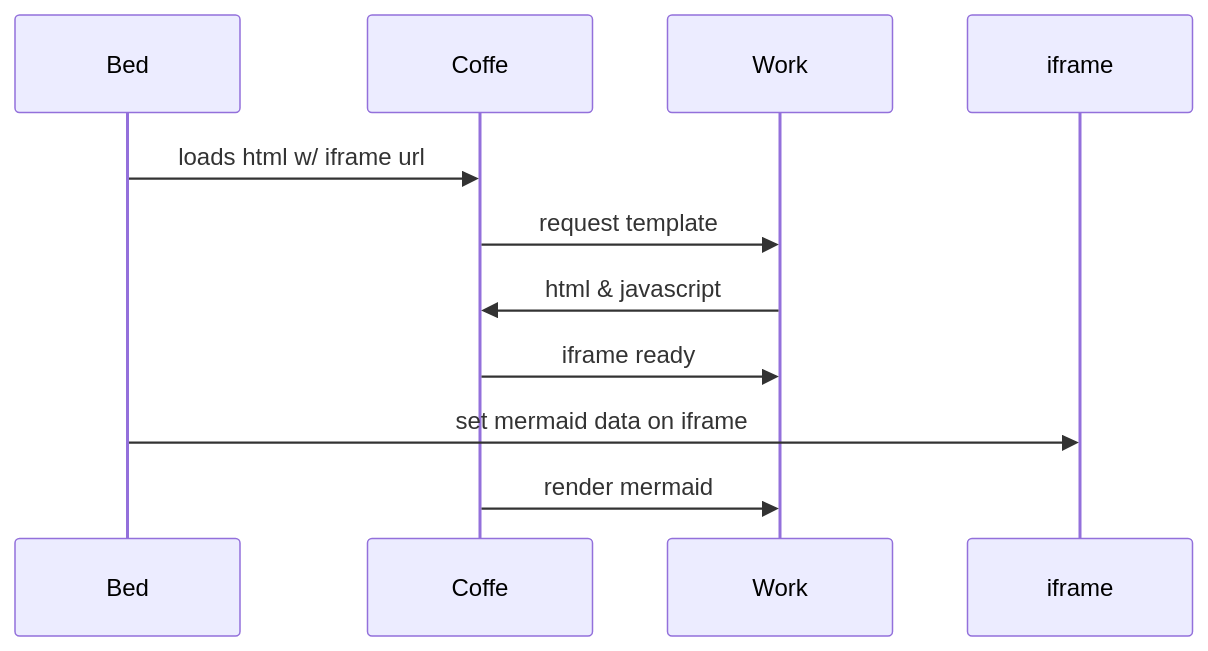
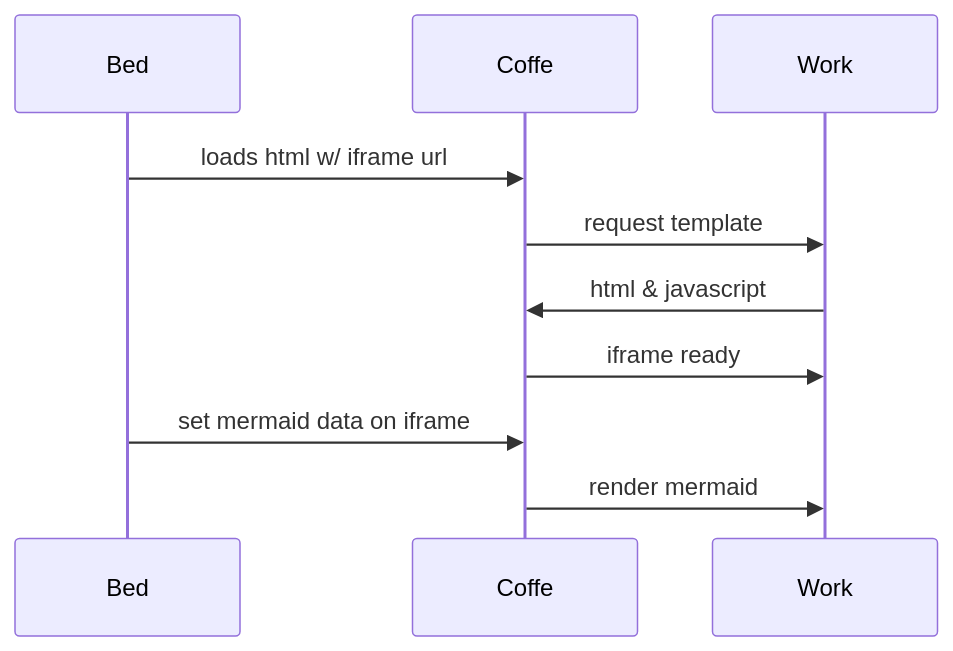
The diagram in README.md (xandrade/alpha-api), drawn with Mermaid before and after one commit.

````diff
--- a/README.md
+++ b/README.md
@@ -3,12 +3,12 @@
 ```mermaid
 sequenceDiagram
     participant Bed
     participant Coffe
     participant Work
     Bed->>Coffe: loads html w/ iframe url
     Coffe->>Work: request template
     Work->>Coffe: html & javascript
     Coffe->>Work: iframe ready
-    Bed->>iframe: set mermaid data on iframe
+    Bed->>Coffe: set mermaid data on iframe
     Coffe->>Work: render mermaid
 ```
````
